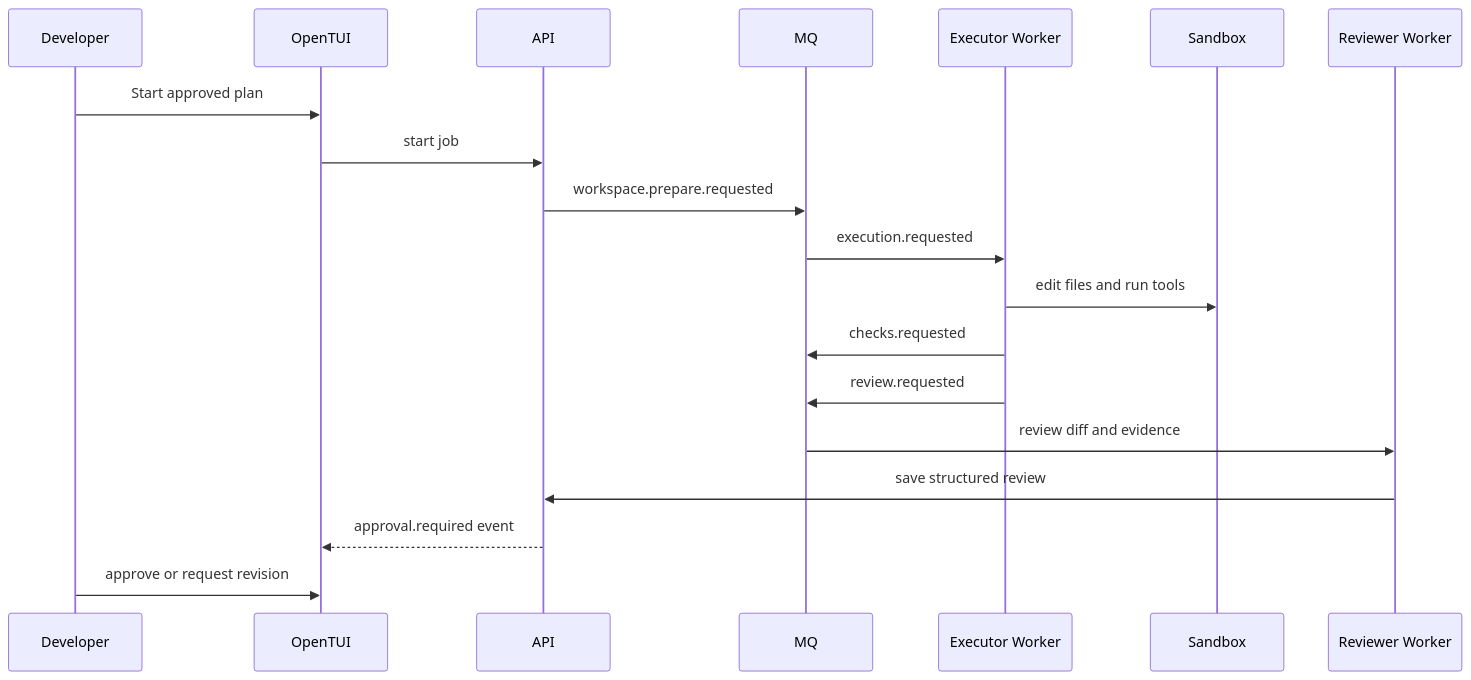
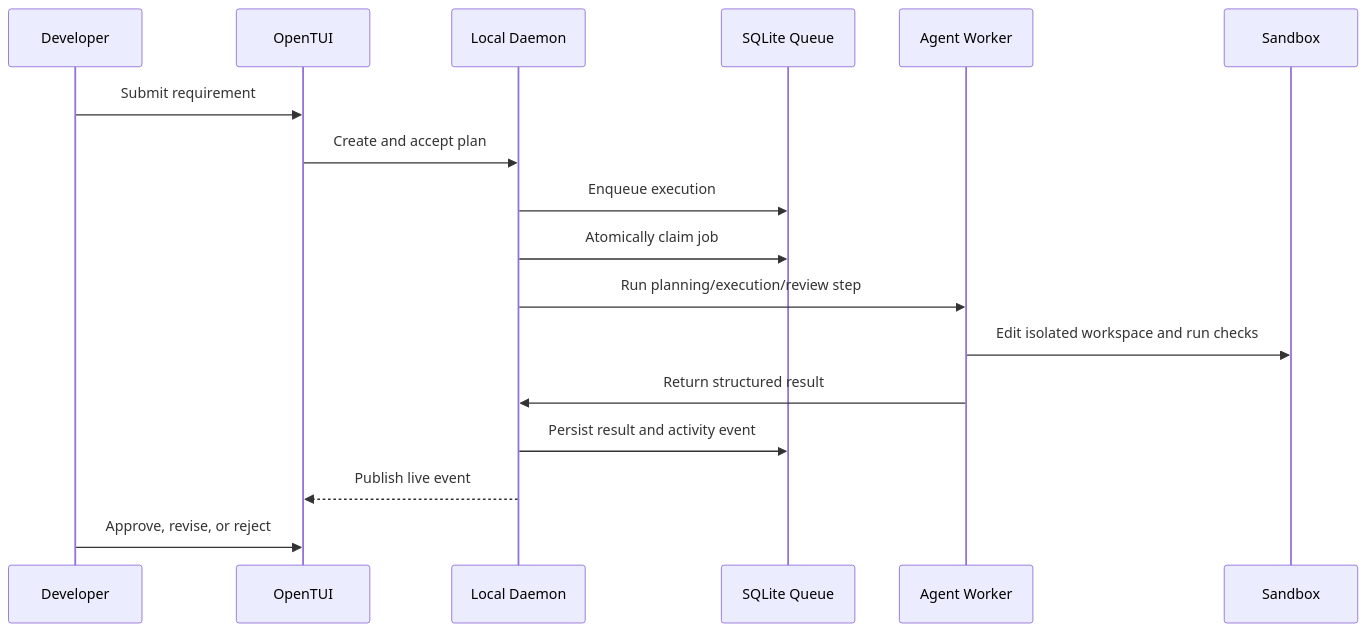
One commit to livingdolls/orkoda-tui changed the second of 2 diagrams in docs/architecture.md. Above: the diagram before and after it, drawn with Mermaid. The commit also changed other lines of this file, not shown here.

Commit message:
docs: redefine architecture for local embedded runtime

````diff
--- a/docs/architecture.md
+++ b/docs/architecture.md
@@ -176,22 +146,20 @@
 ```mermaid
 sequenceDiagram
     participant Dev as Developer
     participant TUI as OpenTUI
-    participant API
-    participant MQ
-    participant Exec as Executor Worker
+    participant D as Local Daemon
+    participant DB as SQLite Queue
+    participant Agent as Agent Worker
     participant SB as Sandbox
-    participant Rev as Reviewer Worker
 
-    Dev->>TUI: Start approved plan
-    TUI->>API: start job
-    API->>MQ: workspace.prepare.requested
-    MQ->>Exec: execution.requested
-    Exec->>SB: edit files and run tools
-    Exec->>MQ: checks.requested
-    Exec->>MQ: review.requested
-    MQ->>Rev: review diff and evidence
-    Rev->>API: save structured review
-    API-->>TUI: approval.required event
-    Dev->>TUI: approve or request revision
+    Dev->>TUI: Submit requirement
+    TUI->>D: Create and accept plan
+    D->>DB: Enqueue execution
+    D->>DB: Atomically claim job
+    D->>Agent: Run planning/execution/review step
+    Agent->>SB: Edit isolated workspace and run checks
+    Agent->>D: Return structured result
+    D->>DB: Persist result and activity event
+    D-->>TUI: Publish live event
+    Dev->>TUI: Approve, revise, or reject
 ```
````
